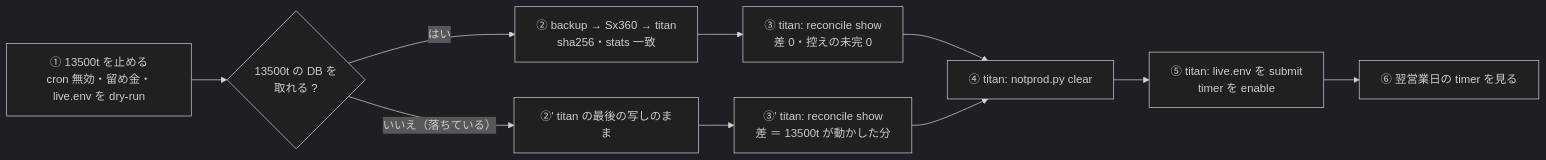
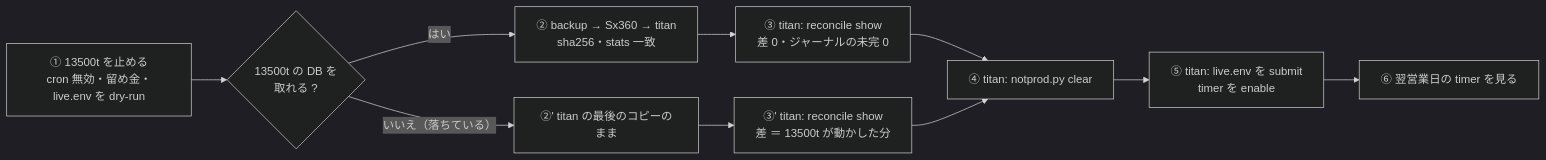
Diagram 16 of 21 in docs/specs/experiments/live-trading.md (akiraak/ai-income-lab), drawn with Mermaid (dark theme) before and after one commit. The commit also changed other lines of this file and 45 other files, not shown here.

````diff
--- a/docs/specs/experiments/live-trading.md
+++ b/docs/specs/experiments/live-trading.md
@@ -1162,12 +1162,12 @@
 ```mermaid
 flowchart LR
   A["① 13500t を止める<br/>cron 無効・留め金・live.env を dry-run"] --> B{"13500t の DB を<br/>取れる ?"}
   B -- "はい" --> C["② backup → Sx360 → titan<br/>sha256・stats 一致"]
-  B -- "いいえ（落ちている）" --> C2["②' titan の最後の写しのまま"]
-  C --> D["③ titan: reconcile show<br/>差 0・控えの未完 0"]
+  B -- "いいえ（落ちている）" --> C2["②' titan の最後のコピーのまま"]
+  C --> D["③ titan: reconcile show<br/>差 0・ジャーナルの未完 0"]
   C2 --> D2["③' titan: reconcile show<br/>差 ＝ 13500t が動かした分"]
   D --> E["④ titan: notprod.py clear"]
   D2 --> E
   E --> F["⑤ titan: live.env を submit<br/>timer を enable"]
   F --> G["⑥ 翌営業日の timer を見る"]
 ```
````
